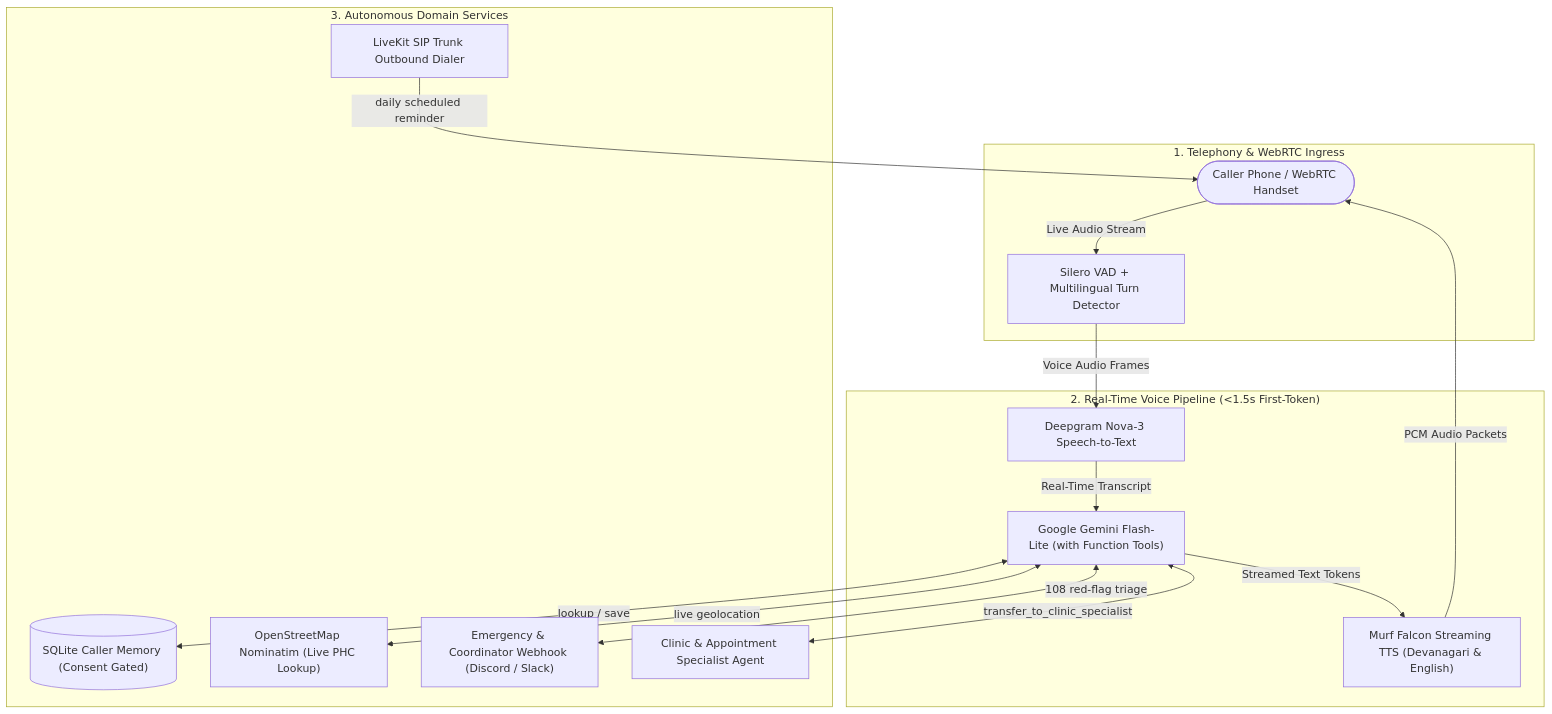
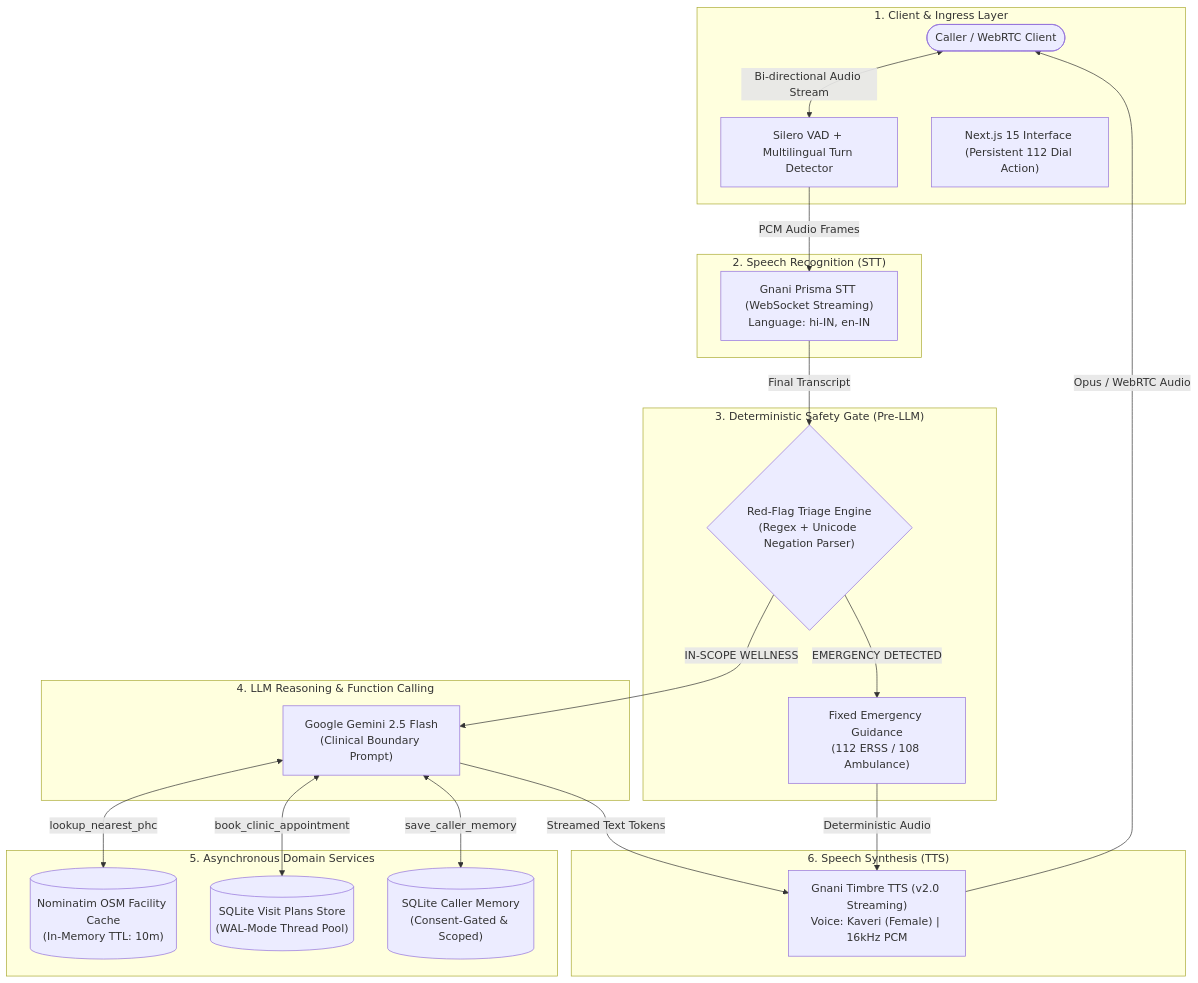
One commit to HarshitD0501/Gnani_AgentBuilder changed the diagram in README.md. Above: the diagram before and after it, drawn with Mermaid. The commit also changed other lines of this file and 3 other files, not shown here.

Commit message:
docs: publish production architecture, gnani pipeline benchmarks, and comprehensive quickstart

````diff
--- a/README.md
+++ b/README.md
@@ -19,33 +27,43 @@
 ```mermaid
 flowchart TD
-    subgraph Inbound_Audio ["1. Telephony & WebRTC Ingress"]
-        Caller([Caller Phone / WebRTC Handset])
+    subgraph Client_Layer ["1. Client & Ingress Layer"]
+        User([Caller / WebRTC Client])
         VAD["Silero VAD + Multilingual Turn Detector"]
-        Caller -->|Live Audio Stream| VAD
+        UI["Next.js 15 Interface (Persistent 112 Dial Action)"]
+        User <-->|Bi-directional Audio Stream| VAD
     end
 
-    subgraph Speech_Pipeline ["2. Real-Time Voice Pipeline (<1.5s First-Token)"]
-        STT["Deepgram Nova-3 Speech-to-Text"]
-        LLM["Google Gemini Flash-Lite (with Function Tools)"]
-        TTS["Murf Falcon Streaming TTS (Devanagari & English)"]
-        
-        VAD -->|Voice Audio Frames| STT
-        STT -->|Real-Time Transcript| LLM
-        LLM -->|Streamed Text Tokens| TTS
-        TTS -->|PCM Audio Packets| Caller
+    subgraph Speech_Ingress ["2. Speech Recognition (STT)"]
+        Prisma["Gnani Prisma STT (WebSocket Streaming)\nLanguage: hi-IN, en-IN"]
+        VAD -->|PCM Audio Frames| Prisma
     end
 
-    subgraph Business_Engines ["3. Autonomous Domain Services"]
-        Memory[("SQLite Caller Memory (Consent Gated)")]
-        OSM["OpenStreetMap Nominatim (Live PHC Lookup)"]
-        Escalation["Emergency & Coordinator Webhook (Discord / Slack)"]
-        Outbound["LiveKit SIP Trunk Outbound Dialer"]
-        Specialist["Clinic & Appointment Specialist Agent"]
+    subgraph Safety_Triage ["3. Deterministic Safety Gate (Pre-LLM)"]
+        Interceptor{"Red-Flag Triage Engine\n(Regex + Unicode Negation Parser)"}
+        EmergencyGuide["Fixed Emergency Guidance\n(112 ERSS / 108 Ambulance)"]
+        Prisma -->|Final Transcript| Interceptor
+        Interceptor -->|EMERGENCY DETECTED| EmergencyGuide
+    end
+
+    subgraph Reasoning_Core ["4. LLM Reasoning & Function Calling"]
+        LLM["Google Gemini 2.5 Flash\n(Clinical Boundary Prompt)"]
+        Interceptor -->|IN-SCOPE WELLNESS| LLM
+    end
+
+    subgraph Domain_Services ["5. Asynchronous Domain Services"]
+        OSMCache[("Nominatim OSM Facility Cache\n(In-Memory TTL: 10m)")]
+        Appointments[("SQLite Visit Plans Store\n(WAL-Mode Thread Pool)")]
+        ConsentMemory[("SQLite Caller Memory\n(Consent-Gated & Scoped)")]
         
-        LLM <-->|lookup / save| Memory
-        LLM <-->|live geolocation| OSM
-        LLM <-->|108 red-flag triage| Escalation
-        LLM <-->|transfer_to_clinic_specialist| Specialist
-        Outbound -->|daily scheduled reminder| Caller
+        LLM <-->|lookup_nearest_phc| OSMCache
+        LLM <-->|book_clinic_appointment| Appointments
+        LLM <-->|save_caller_memory| ConsentMemory
+    end
+
+    subgraph Speech_Egress ["6. Speech Synthesis (TTS)"]
+        Timbre["Gnani Timbre TTS (v2.0 Streaming)\nVoice: Kaveri (Female) | 16kHz PCM"]
+        LLM -->|Streamed Text Tokens| Timbre
+        EmergencyGuide -->|Deterministic Audio| Timbre
+        Timbre -->|Opus / WebRTC Audio| User
     end
 ```
````
